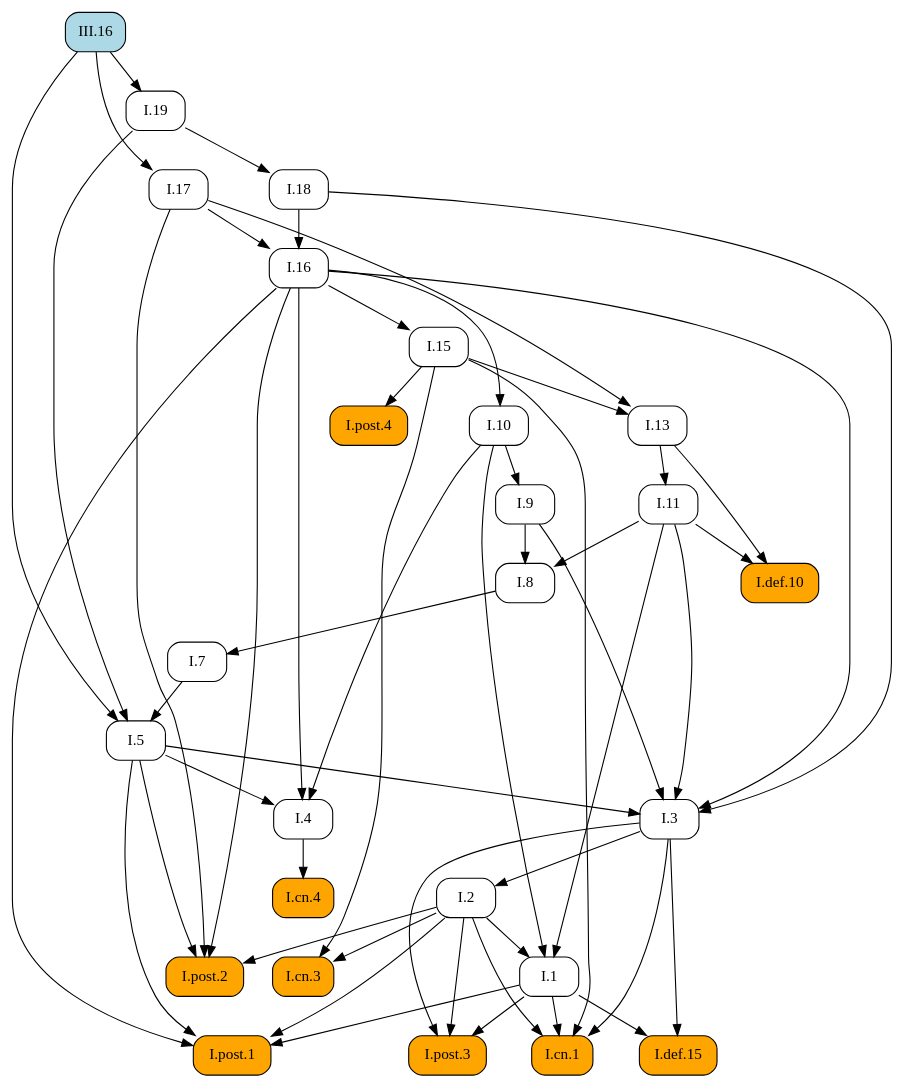
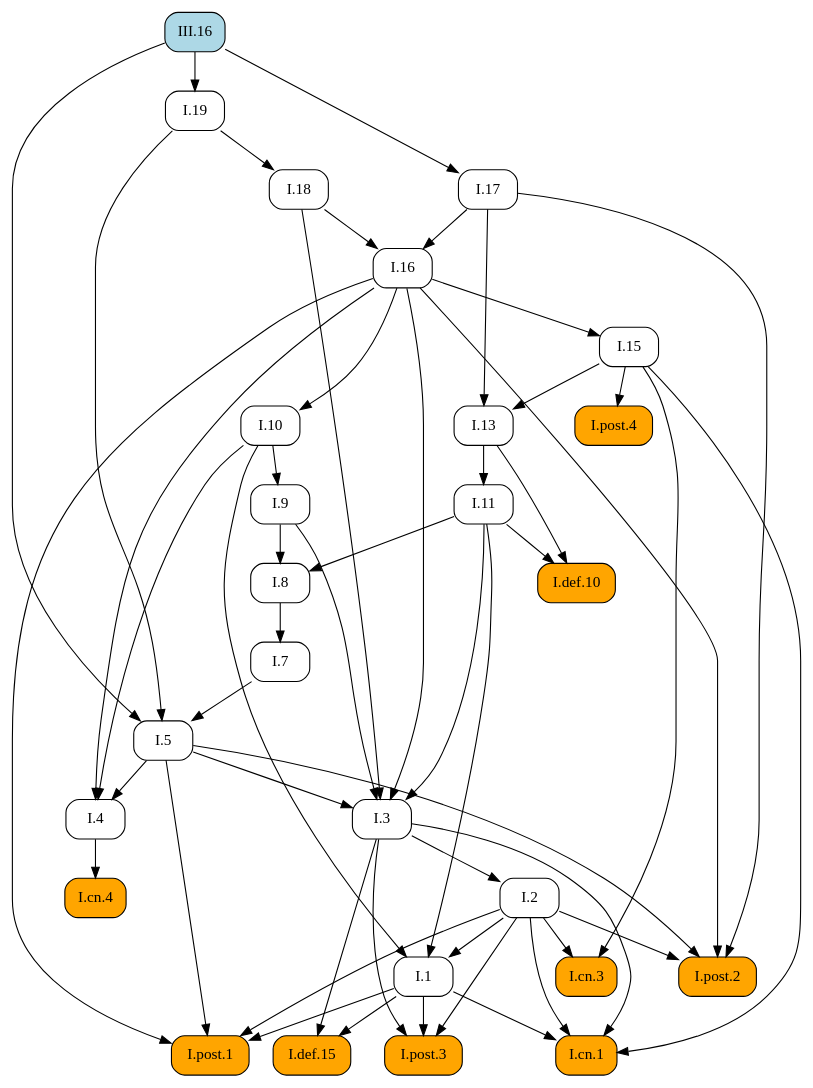
Before and after one commit to geometor/elements: the diagram in docsrc/elements2/III/16/index.rst, drawn with Graphviz. The commit also changed other lines of this file and 409 other files, not shown here.

First line of the commit message:
feat: Add image cropping and graphic extraction script

```diff
--- a/docsrc/elements2/III/16/index.rst
+++ b/docsrc/elements2/III/16/index.rst
@@ -109,82 +109,82 @@
    digraph {
      rankdir="TB";
      node [shape=box, style=rounded];
+     "I.def.15" [style="rounded,filled", fillcolor=orange, URL="/elements2/I/def.15/", target="_top"];
+     "I.19" [URL="/elements2/I/19/", target="_top"];
+     "I.18" [URL="/elements2/I/18/", target="_top"];
+     "I.11" [URL="/elements2/I/11/", target="_top"];
+     "I.def.10" [style="rounded,filled", fillcolor=orange, URL="/elements2/I/def.10/", target="_top"];
      "I.8" [URL="/elements2/I/8/", target="_top"];
-     "I.19" [URL="/elements2/I/19/", target="_top"];
+     "I.5" [URL="/elements2/I/5/", target="_top"];
+     "I.15" [URL="/elements2/I/15/", target="_top"];
+     "I.3" [URL="/elements2/I/3/", target="_top"];
+     "I.10" [URL="/elements2/I/10/", target="_top"];
+     "I.17" [URL="/elements2/I/17/", target="_top"];
+     "I.cn.3" [style="rounded,filled", fillcolor=orange, URL="/elements2/I/cn.3/", target="_top"];
+     "I.cn.1" [style="rounded,filled", fillcolor=orange, URL="/elements2/I/cn.1/", target="_top"];
+     "I.13" [URL="/elements2/I/13/", target="_top"];
+     "I.post.3" [style="rounded,filled", fillcolor=orange, URL="/elements2/I/post.3/", target="_top"];
+     "I.4" [URL="/elements2/I/4/", target="_top"];
+     "I.7" [URL="/elements2/I/7/", target="_top"];
+     "III.16" [style="rounded,filled", fillcolor=lightblue, URL="/elements2/III/16/", target="_top"];
+     "I.9" [URL="/elements2/I/9/", target="_top"];
+     "I.16" [URL="/elements2/I/16/", target="_top"];
+     "I.post.1" [style="rounded,filled", fillcolor=orange, URL="/elements2/I/post.1/", target="_top"];
+     "I.2" [URL="/elements2/I/2/", target="_top"];
+     "I.cn.4" [style="rounded,filled", fillcolor=orange, URL="/elements2/I/cn.4/", target="_top"];
+     "I.post.4" [style="rounded,filled", fillcolor=orange, URL="/elements2/I/post.4/", target="_top"];
      "I.1" [URL="/elements2/I/1/", target="_top"];
-     "I.cn.4" [style="rounded,filled", fillcolor=orange, URL="/elements2/I/cn.4/", target="_top"];
-     "I.cn.3" [style="rounded,filled", fillcolor=orange, URL="/elements2/I/cn.3/", target="_top"];
-     "I.7" [URL="/elements2/I/7/", target="_top"];
-     "I.17" [URL="/elements2/I/17/", target="_top"];
-     "I.post.1" [style="rounded,filled", fillcolor=orange, URL="/elements2/I/post.1/", target="_top"];
-     "I.9" [URL="/elements2/I/9/", target="_top"];
-     "I.5" [URL="/elements2/I/5/", target="_top"];
-     "I.cn.1" [style="rounded,filled", fillcolor=orange, URL="/elements2/I/cn.1/", target="_top"];
-     "I.16" [URL="/elements2/I/16/", target="_top"];
-     "I.def.10" [style="rounded,filled", fillcolor=orange, URL="/elements2/I/def.10/", target="_top"];
-     "I.18" [URL="/elements2/I/18/", target="_top"];
-     "I.13" [URL="/elements2/I/13/", target="_top"];
-     "I.post.4" [style="rounded,filled", fillcolor=orange, URL="/elements2/I/post.4/", target="_top"];
-     "I.2" [URL="/elements2/I/2/", target="_top"];
-     "I.def.15" [style="rounded,filled", fillcolor=orange, URL="/elements2/I/def.15/", target="_top"];
-     "I.4" [URL="/elements2/I/4/", target="_top"];
-     "I.11" [URL="/elements2/I/11/", target="_top"];
-     "I.10" [URL="/elements2/I/10/", target="_top"];
-     "I.15" [URL="/elements2/I/15/", target="_top"];
-     "III.16" [style="rounded,filled", fillcolor=lightblue, URL="/elements2/III/16/", target="_top"];
      "I.post.2" [style="rounded,filled", fillcolor=orange, URL="/elements2/I/post.2/", target="_top"];
-     "I.3" [URL="/elements2/I/3/", target="_top"];
-     "I.post.3" [style="rounded,filled", fillcolor=orange, URL="/elements2/I/post.3/", target="_top"];
+     "I.1" -> "I.def.15";
+     "I.3" -> "I.def.15";
+     "III.16" -> "I.19";
+     "I.19" -> "I.18";
+     "I.13" -> "I.11";
+     "I.11" -> "I.def.10";
+     "I.13" -> "I.def.10";
      "I.9" -> "I.8";
      "I.11" -> "I.8";
-     "III.16" -> "I.19";
-     "I.2" -> "I.1";
-     "I.10" -> "I.1";
-     "I.11" -> "I.1";
-     "I.4" -> "I.cn.4";
-     "I.2" -> "I.cn.3";
-     "I.15" -> "I.cn.3";
-     "I.8" -> "I.7";
-     "III.16" -> "I.17";
-     "I.1" -> "I.post.1";
-     "I.2" -> "I.post.1";
-     "I.5" -> "I.post.1";
-     "I.16" -> "I.post.1";
-     "I.10" -> "I.9";
      "I.7" -> "I.5";
      "I.19" -> "I.5";
      "III.16" -> "I.5";
-     "I.1" -> "I.cn.1";
-     "I.2" -> "I.cn.1";
-     "I.3" -> "I.cn.1";
-     "I.15" -> "I.cn.1";
-     "I.17" -> "I.16";
-     "I.18" -> "I.16";
-     "I.11" -> "I.def.10";
-     "I.13" -> "I.def.10";
-     "I.19" -> "I.18";
-     "I.15" -> "I.13";
-     "I.17" -> "I.13";
-     "I.15" -> "I.post.4";
-     "I.3" -> "I.2";
-     "I.1" -> "I.def.15";
-     "I.3" -> "I.def.15";
-     "I.5" -> "I.4";
-     "I.10" -> "I.4";
-     "I.16" -> "I.4";
-     "I.13" -> "I.11";
-     "I.16" -> "I.10";
      "I.16" -> "I.15";
-     "I.2" -> "I.post.2";
-     "I.5" -> "I.post.2";
-     "I.16" -> "I.post.2";
-     "I.17" -> "I.post.2";
      "I.5" -> "I.3";
      "I.9" -> "I.3";
      "I.11" -> "I.3";
      "I.16" -> "I.3";
      "I.18" -> "I.3";
+     "I.16" -> "I.10";
+     "III.16" -> "I.17";
+     "I.2" -> "I.cn.3";
+     "I.15" -> "I.cn.3";
+     "I.1" -> "I.cn.1";
+     "I.2" -> "I.cn.1";
+     "I.3" -> "I.cn.1";
+     "I.15" -> "I.cn.1";
+     "I.15" -> "I.13";
+     "I.17" -> "I.13";
      "I.1" -> "I.post.3";
      "I.2" -> "I.post.3";
      "I.3" -> "I.post.3";
+     "I.5" -> "I.4";
+     "I.10" -> "I.4";
+     "I.16" -> "I.4";
+     "I.8" -> "I.7";
+     "I.10" -> "I.9";
+     "I.17" -> "I.16";
+     "I.18" -> "I.16";
+     "I.1" -> "I.post.1";
+     "I.2" -> "I.post.1";
+     "I.5" -> "I.post.1";
+     "I.16" -> "I.post.1";
+     "I.3" -> "I.2";
+     "I.4" -> "I.cn.4";
+     "I.15" -> "I.post.4";
+     "I.2" -> "I.1";
+     "I.10" -> "I.1";
+     "I.11" -> "I.1";
+     "I.2" -> "I.post.2";
+     "I.5" -> "I.post.2";
+     "I.16" -> "I.post.2";
+     "I.17" -> "I.post.2";
    }
```
